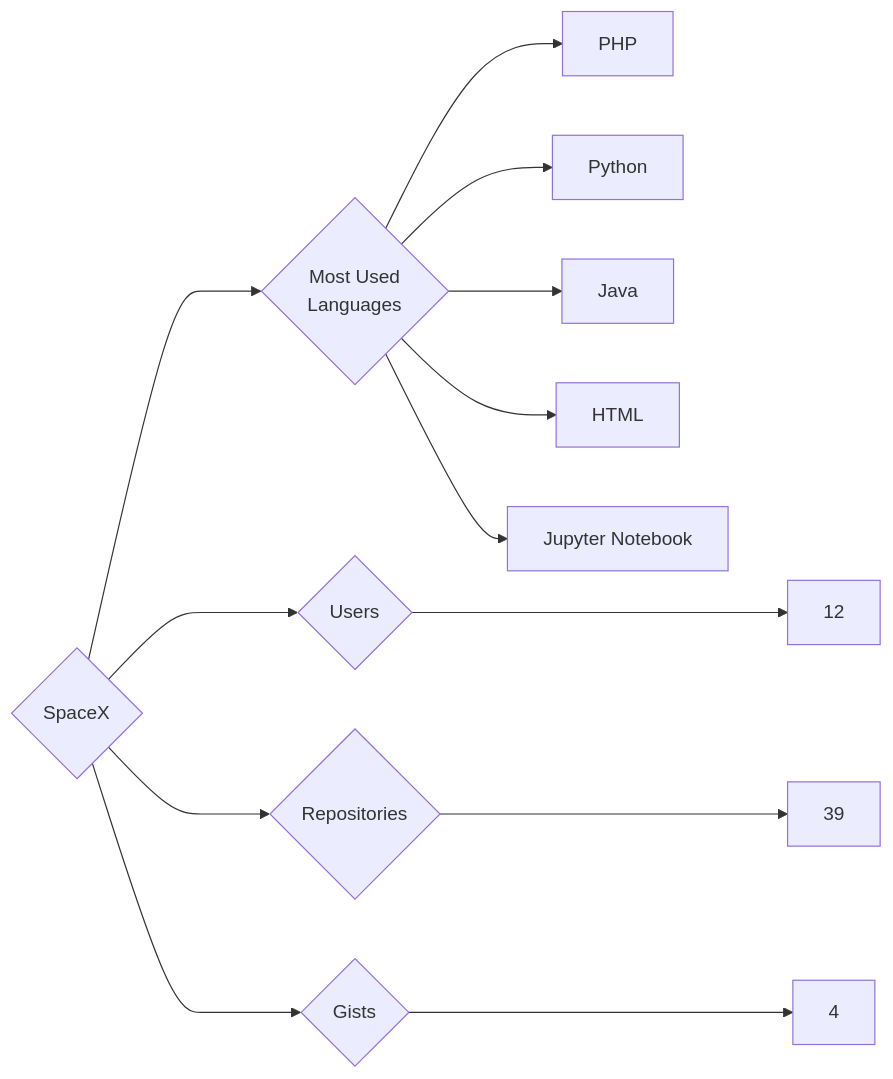
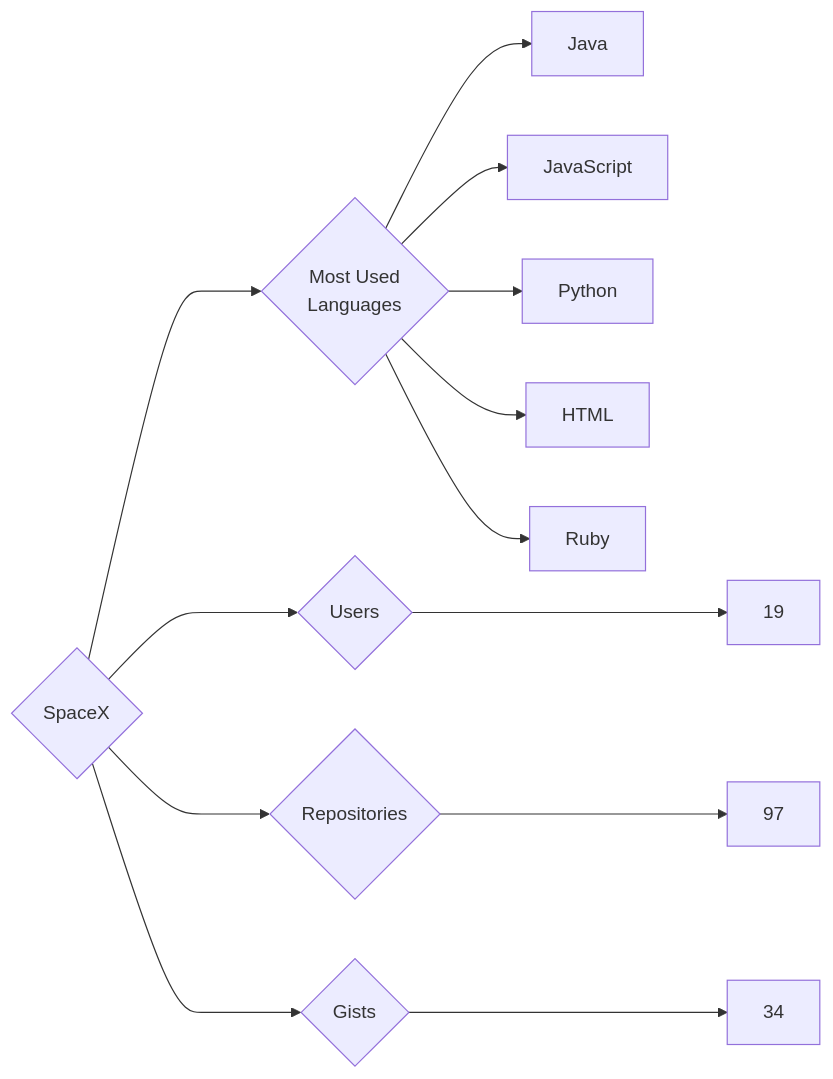
Before and after one commit to trickest/insiders: the diagram in targets/SpaceX/README.md, drawn with Mermaid. The commit also changed 1508 other files, not shown here.

````diff
--- a/targets/SpaceX/README.md
+++ b/targets/SpaceX/README.md
@@ -3,13 +3,13 @@
 ```mermaid
 graph LR
 COMPANY_NAME{SpaceX}
-COMPANY_NAME ---> U{Users} ---> UN[12]
-COMPANY_NAME ---> R{Repositories} ---> RN[39]
-COMPANY_NAME ---> G{Gists} ---> GN[4]
+COMPANY_NAME ---> U{Users} ---> UN[19]
+COMPANY_NAME ---> R{Repositories} ---> RN[97]
+COMPANY_NAME ---> G{Gists} ---> GN[34]
 COMPANY_NAME ---> ML{Most Used<br>Languages}
-ML --> PHP[PHP]
+ML --> Java[Java]
+ML --> JavaScript[JavaScript]
 ML --> Python[Python]
-ML --> Java[Java]
 ML --> HTML[HTML]
-ML --> Jupyter_Notebook[Jupyter Notebook]
+ML --> Ruby[Ruby]
 ```
````
